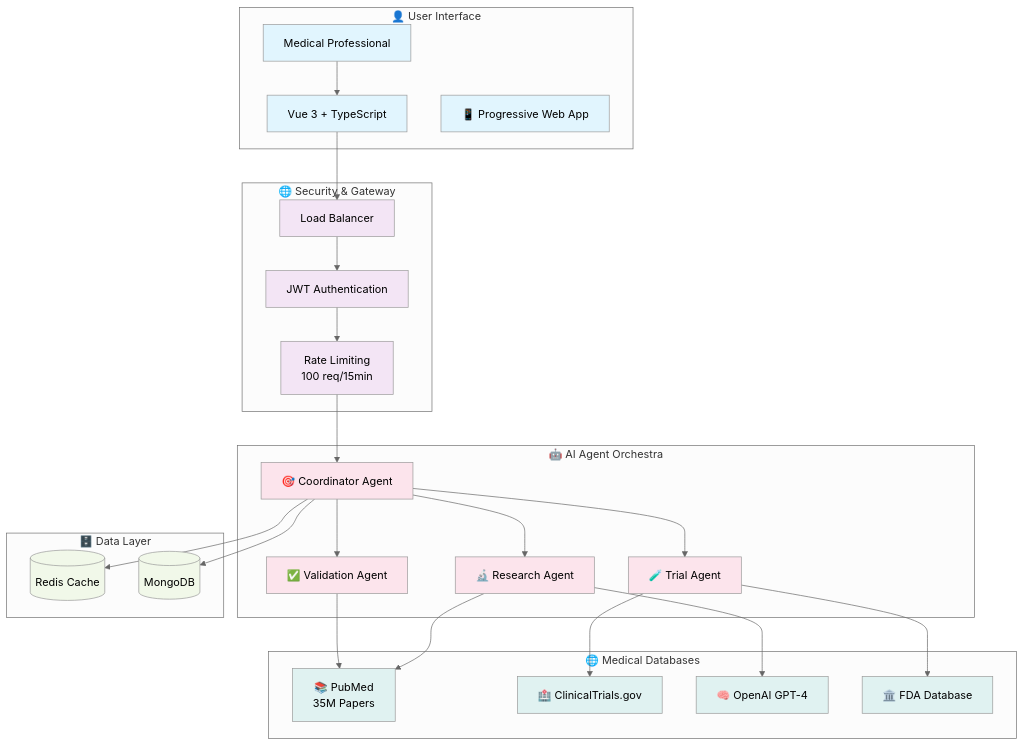
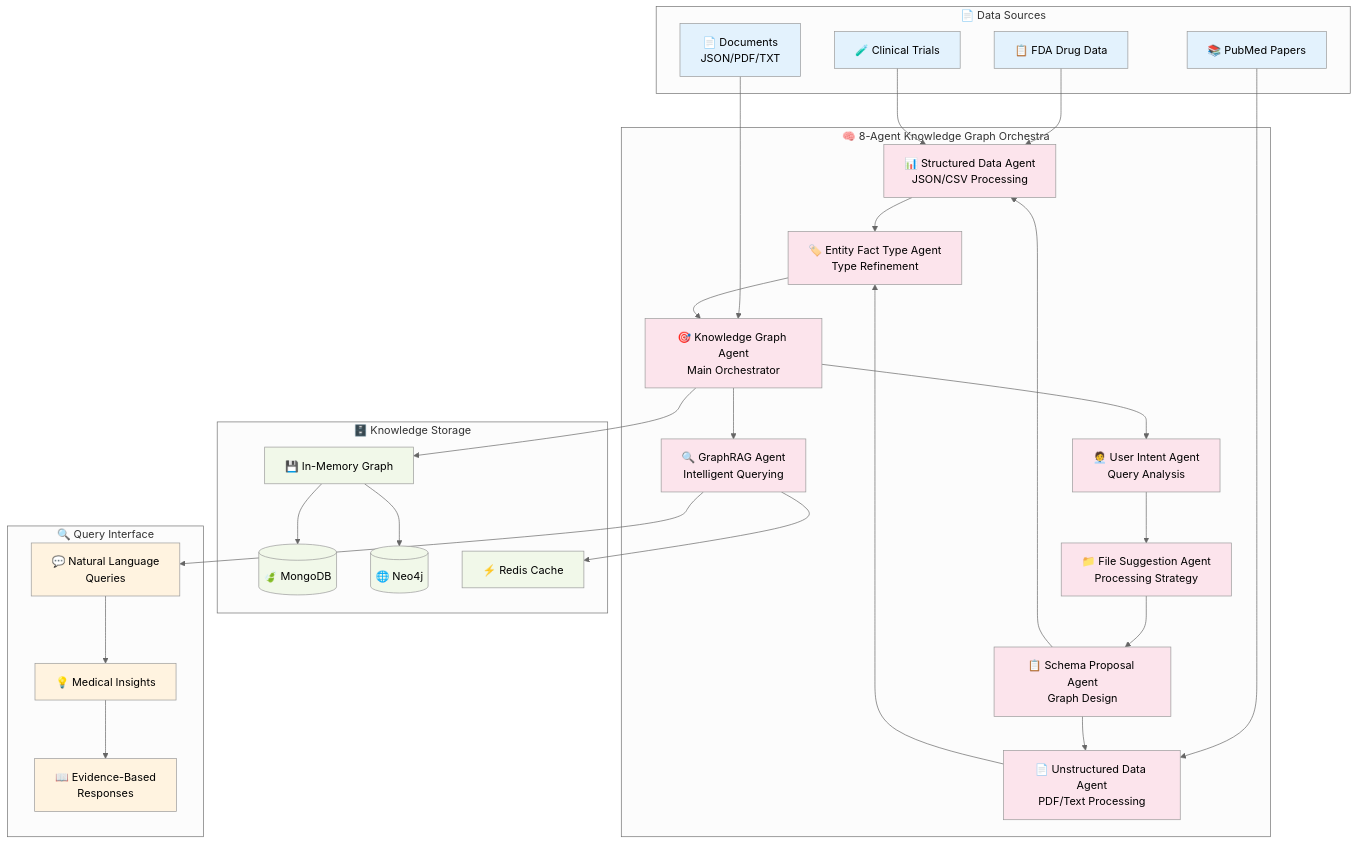
One commit to vm799/drug-trial-syneticx-integration changed the first of 3 diagrams in README.md. Above: the diagram before and after it, drawn with Mermaid (neutral theme). The commit also changed other lines of this file and 1 other file, not shown here.

````diff
--- a/README.md
+++ b/README.md
@@ -14,64 +30,67 @@
 ```mermaid
 graph TB
-    subgraph "👤 User Interface"
-        USER[Medical Professional]
-        FE[Vue 3 + TypeScript]
-        PWA[📱 Progressive Web App]
+    subgraph "📄 Data Sources"
+        FDA[📋 FDA Drug Data]
+        PUBMED[📚 PubMed Papers]
+        CT[🧪 Clinical Trials]
+        DOCS[📄 Documents<br/>JSON/PDF/TXT]
     end
     
-    subgraph "🌐 Security & Gateway"
-        LB[Load Balancer]
-        AUTH[JWT Authentication] 
-        RL[Rate Limiting<br/>100 req/15min]
+    subgraph "🧠 8-Agent Knowledge Graph Orchestra"
+        KGA[🎯 Knowledge Graph Agent<br/>Main Orchestrator]
+        UIA[🧑‍💼 User Intent Agent<br/>Query Analysis]
+        FSA[📁 File Suggestion Agent<br/>Processing Strategy]
+        SPA[📋 Schema Proposal Agent<br/>Graph Design]
+        SDA[📊 Structured Data Agent<br/>JSON/CSV Processing]
+        UDA[📄 Unstructured Data Agent<br/>PDF/Text Processing]
+        EFPA[🏷️ Entity Fact Type Agent<br/>Type Refinement]
+        GRA[🔍 GraphRAG Agent<br/>Intelligent Querying]
     end
     
-    subgraph "🤖 AI Agent Orchestra"
-        COORD[🎯 Coordinator Agent]
-        RA[🔬 Research Agent]
-        TMA[🧪 Trial Agent]
-        VA[✅ Validation Agent]
+    subgraph "🗄️ Knowledge Storage"
+        MEMORY[💾 In-Memory Graph]
+        MONGO[(🍃 MongoDB)]
+        NEO4J[(🌐 Neo4j)]
+        CACHE[⚡ Redis Cache]
     end
     
-    subgraph "🗄️ Data Layer"
-        REDIS[(Redis Cache)]
-        MONGO[(MongoDB)]
+    subgraph "🔍 Query Interface"
+        NLQ[💬 Natural Language<br/>Queries]
+        INSIGHTS[💡 Medical Insights]
+        EVIDENCE[📖 Evidence-Based<br/>Responses]
     end
     
-    subgraph "🌐 Medical Databases"
-        PUBMED[📚 PubMed<br/>35M Papers]
-        CLINICAL[🏥 ClinicalTrials.gov]
-        OPENAI[🧠 OpenAI GPT-4]
-        FDA[🏛️ FDA Database]
-    end
+    FDA --> SDA
+    PUBMED --> UDA
+    CT --> SDA
+    DOCS --> KGA
     
-    USER --> FE
-    FE --> LB
-    LB --> AUTH
-    AUTH --> RL
-    RL --> COORD
+    KGA --> UIA
+    UIA --> FSA
+    FSA --> SPA
+    SPA --> SDA
+    SPA --> UDA
+    SDA --> EFPA
+    UDA --> EFPA
+    EFPA --> KGA
+    KGA --> GRA
     
-    COORD --> RA
-    COORD --> TMA  
-    COORD --> VA
+    KGA --> MEMORY
+    MEMORY --> MONGO
+    MEMORY --> NEO4J
+    GRA --> CACHE
     
-    RA --> PUBMED
-    RA --> OPENAI
-    TMA --> CLINICAL
-    TMA --> FDA
-    VA --> PUBMED
+    GRA --> NLQ
+    NLQ --> INSIGHTS
+    INSIGHTS --> EVIDENCE
     
-    COORD --> REDIS
-    COORD --> MONGO
+    classDef data fill:#e3f2fd
+    classDef agent fill:#fce4ec
+    classDef storage fill:#f1f8e9
+    classDef query fill:#fff3e0
     
-    classDef user fill:#e1f5fe
-    classDef security fill:#f3e5f5
-    classDef agent fill:#fce4ec
-    classDef data fill:#f1f8e9
-    classDef external fill:#e0f2f1
-    
-    class USER,FE,PWA user
-    class LB,AUTH,RL security
-    class COORD,RA,TMA,VA agent
-    class REDIS,MONGO data
-    class PUBMED,CLINICAL,OPENAI,FDA external
+    class FDA,PUBMED,CT,DOCS data
+    class KGA,UIA,FSA,SPA,SDA,UDA,EFPA,GRA agent
+    class MEMORY,MONGO,NEO4J,CACHE storage
+    class NLQ,INSIGHTS,EVIDENCE query
 ```
````
